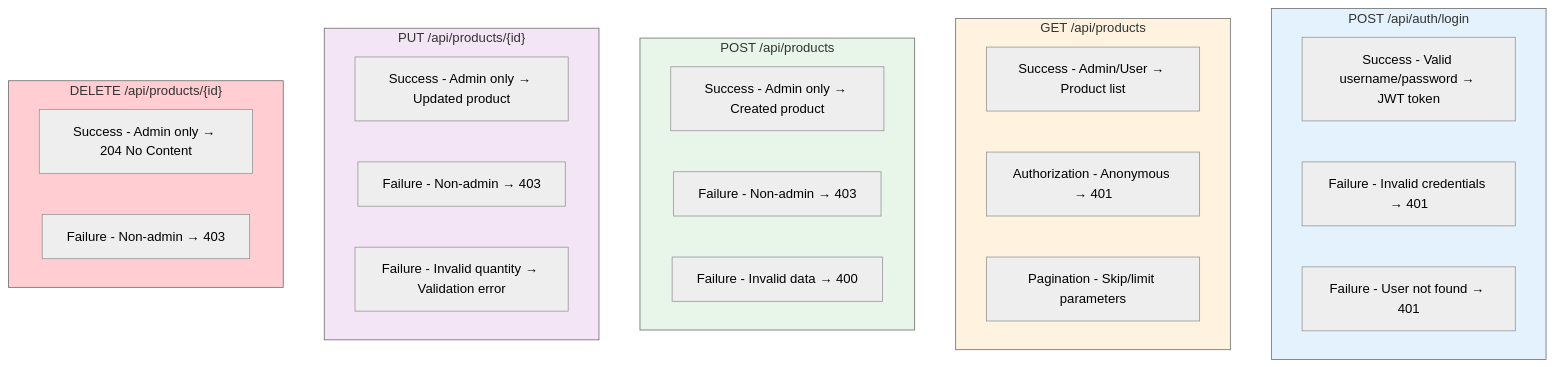
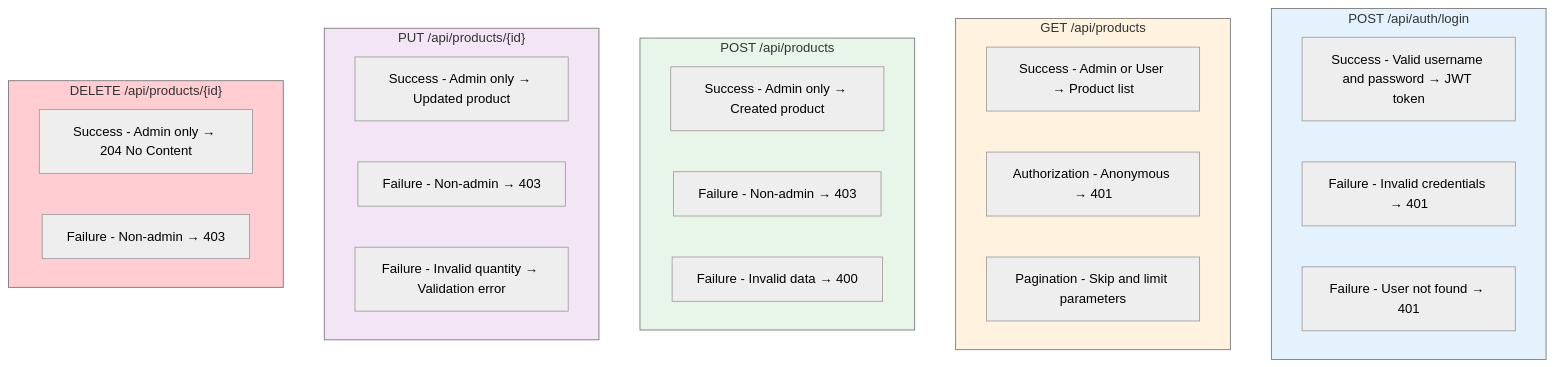
The diagram in docs/architecture/testing/strategy.md (Keglev/stockease), drawn with Mermaid (neutral theme) before and after one commit. The commit also changed 3 other files, not shown here.

Commit message:
fix: Remove special characters from unquoted mermaid node labels

````diff
--- a/docs/architecture/testing/strategy.md
+++ b/docs/architecture/testing/strategy.md
@@ -113,37 +113,37 @@
 ```mermaid
 graph TD
     subgraph Auth["POST /api/auth/login"]
-        A1[Success - Valid username/password → JWT token]
+        A1["Success - Valid username and password → JWT token"]
         A2[Failure - Invalid credentials → 401]
         A3[Failure - User not found → 401]
     end
     
     subgraph Get["GET /api/products"]
-        G1[Success - Admin/User → Product list]
+        G1["Success - Admin or User → Product list"]
         G2[Authorization - Anonymous → 401]
-        G3[Pagination - Skip/limit parameters]
+        G3["Pagination - Skip and limit parameters"]
     end
     
     subgraph Post["POST /api/products"]
         P1[Success - Admin only → Created product]
         P2[Failure - Non-admin → 403]
         P3[Failure - Invalid data → 400]
     end
     
     subgraph Put["PUT /api/products/{id}"]
         U1[Success - Admin only → Updated product]
         U2[Failure - Non-admin → 403]
         U3[Failure - Invalid quantity → Validation error]
     end
     
     subgraph Delete["DELETE /api/products/{id}"]
         D1[Success - Admin only → 204 No Content]
         D2[Failure - Non-admin → 403]
     end
     
     style Auth fill:#e3f2fd
     style Get fill:#fff3e0
     style Post fill:#e8f5e9
     style Put fill:#f3e5f5
     style Delete fill:#ffcdd2
 ```
````
